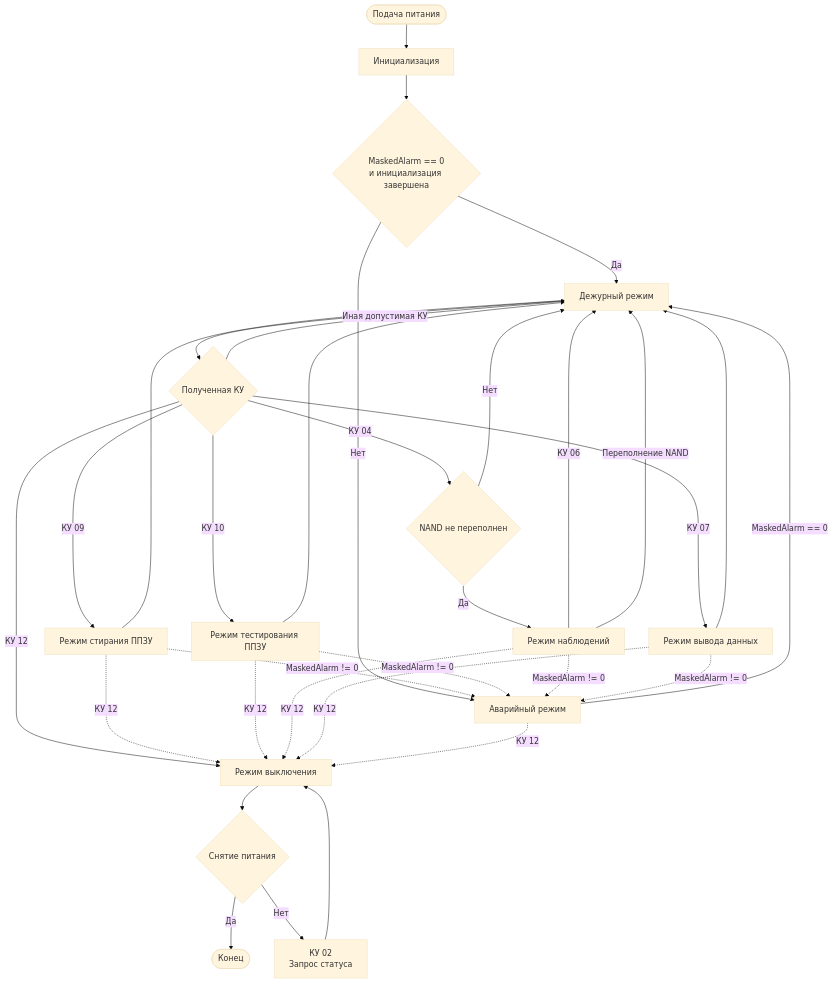
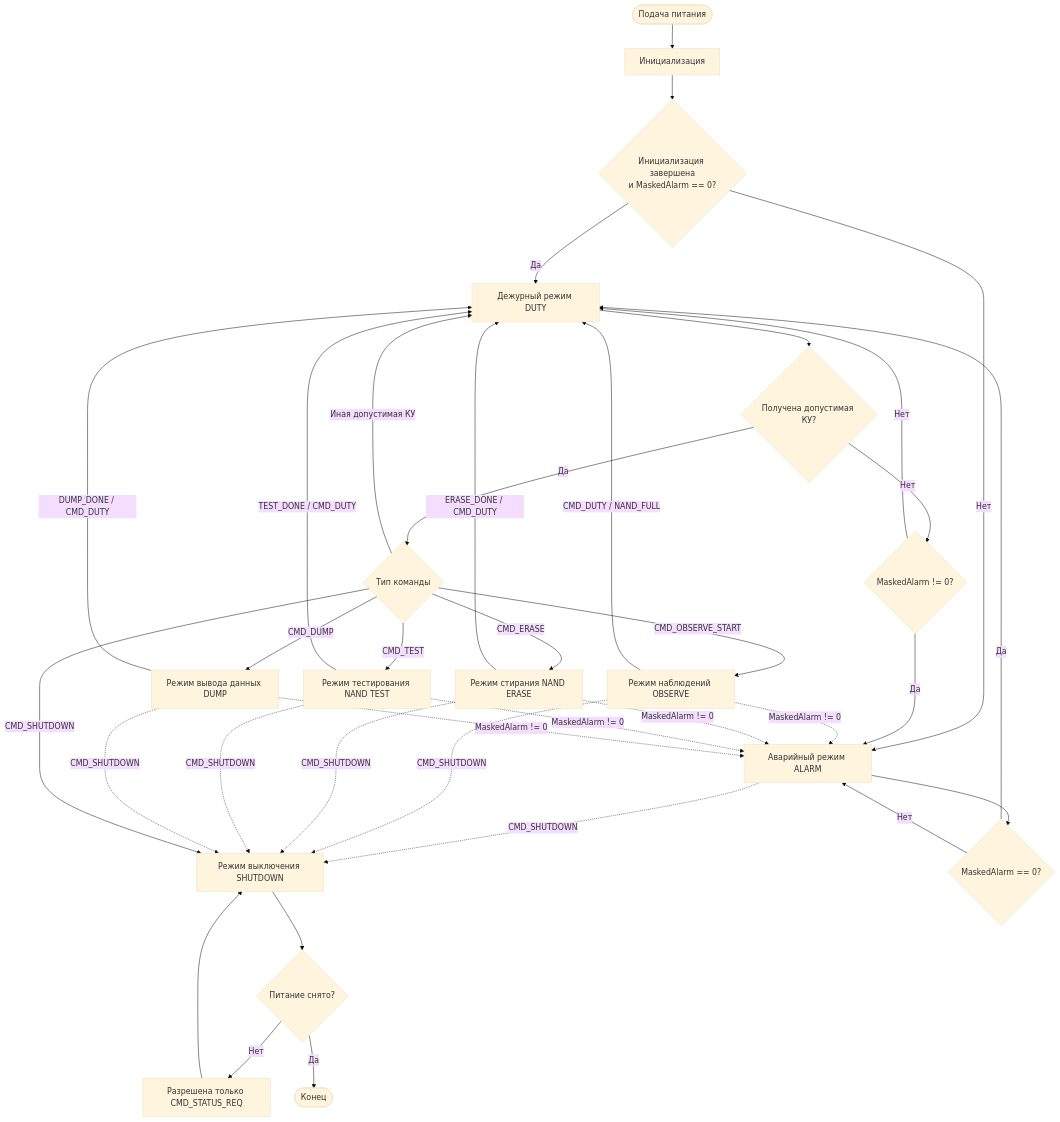
One commit to VaheVahanyan/NATALIA_Algorithm changed the diagram in diagrams/top_level_state_machine.mmd. Above: the diagram before and after it, drawn with Mermaid (base theme). The commit also changed 20 other files, not shown here.

```diff
--- a/diagrams/top_level_state_machine.mmd
+++ b/diagrams/top_level_state_machine.mmd
@@ -1,45 +1,36 @@
 flowchart TD
     A([Подача питания]) --> B[Инициализация]
-    B --> C{"MaskedAlarm == 0<br/>и инициализация завершена"}
-
-    C -- Да --> E[Дежурный режим]
-    C -- Нет --> Z[Аварийный режим]
-
-    E --> D{"Полученная КУ"}
-
-    D -- "КУ 09" --> F[Режим стирания ППЗУ]
-    D -- "КУ 10" --> G[Режим тестирования ППЗУ]
-    D -- "КУ 04" --> H{"NAND не переполнен"}
-    D -- "КУ 07" --> J[Режим вывода данных]
-    D -- "КУ 12" --> K[Режим выключения]
-    D -- "Иная допустимая КУ" --> E
-
-    H -- Да --> I[Режим наблюдений]
-    H -- Нет --> E
-
-    F --> E
-    G --> E
-    J --> E
-
-    I -- "КУ 06" --> E
-    I -- "Переполнение NAND" --> E
-    Z -- "MaskedAlarm == 0" --> E
-
-    F -. "КУ 12" .-> K
-    F -. "MaskedAlarm != 0" .-> Z
-
-    G -. "КУ 12" .-> K
-    G -. "MaskedAlarm != 0" .-> Z
-
-    I -. "КУ 12" .-> K
-    I -. "MaskedAlarm != 0" .-> Z
-
-    J -. "КУ 12" .-> K
-    J -. "MaskedAlarm != 0" .-> Z
-
-    Z -. "КУ 12" .-> K
-
-    K --> K1{"Снятие питания"}
-    K1 -- Да --> L([Конец])
-    K1 -- Нет --> K2["КУ 02<br/>Запрос статуса"]
-    K2 --> K
+    B --> C{"Инициализация завершена<br/>и MaskedAlarm == 0?"}
+    C -- Да --> D[Дежурный режим DUTY]
+    C -- Нет --> E[Аварийный режим ALARM]
+    D --> F{"Получена допустимая КУ?"}
+    F -- Да --> G{"Тип команды"}
+    G -- " CMD_OBSERVE_START " --> H[Режим наблюдений OBSERVE]
+    G -- " CMD_ERASE " --> I[Режим стирания NAND ERASE]
+    G -- " CMD_TEST " --> J[Режим тестирования NAND TEST]
+    G -- " CMD_DUMP " --> K[Режим вывода данных DUMP]
+    G -- " Иная допустимая КУ " --> D
+    F -- Нет --> M{"MaskedAlarm != 0?"}
+    M -- Да --> E
+    M -- Нет --> D
+    H -. " MaskedAlarm != 0 " .-> E
+    I -. " MaskedAlarm != 0 " .-> E
+    J -. " MaskedAlarm != 0 " .-> E
+    K -. " MaskedAlarm != 0 " .-> E
+    E -. " CMD_SHUTDOWN " .-> L
+    H -. " CMD_SHUTDOWN " .-> L
+    I -. " CMD_SHUTDOWN " .-> L
+    J -. " CMD_SHUTDOWN " .-> L
+    K -. " CMD_SHUTDOWN " .-> L
+    G -- " CMD_SHUTDOWN " --> L[Режим выключения SHUTDOWN]
+    H -- " CMD_DUTY / NAND_FULL " --> D
+    I -- " ERASE_DONE / CMD_DUTY " --> D
+    J -- " TEST_DONE / CMD_DUTY " --> D
+    K -- " DUMP_DONE / CMD_DUTY " --> D
+    E --> N{"MaskedAlarm == 0?"}
+    N -- Да --> D
+    N -- Нет --> E
+    L --> O{"Питание снято?"}
+    O -- Нет --> Q["Разрешена только CMD_STATUS_REQ"]
+    O -- Да --> P([Конец])
+    Q --> L
```
